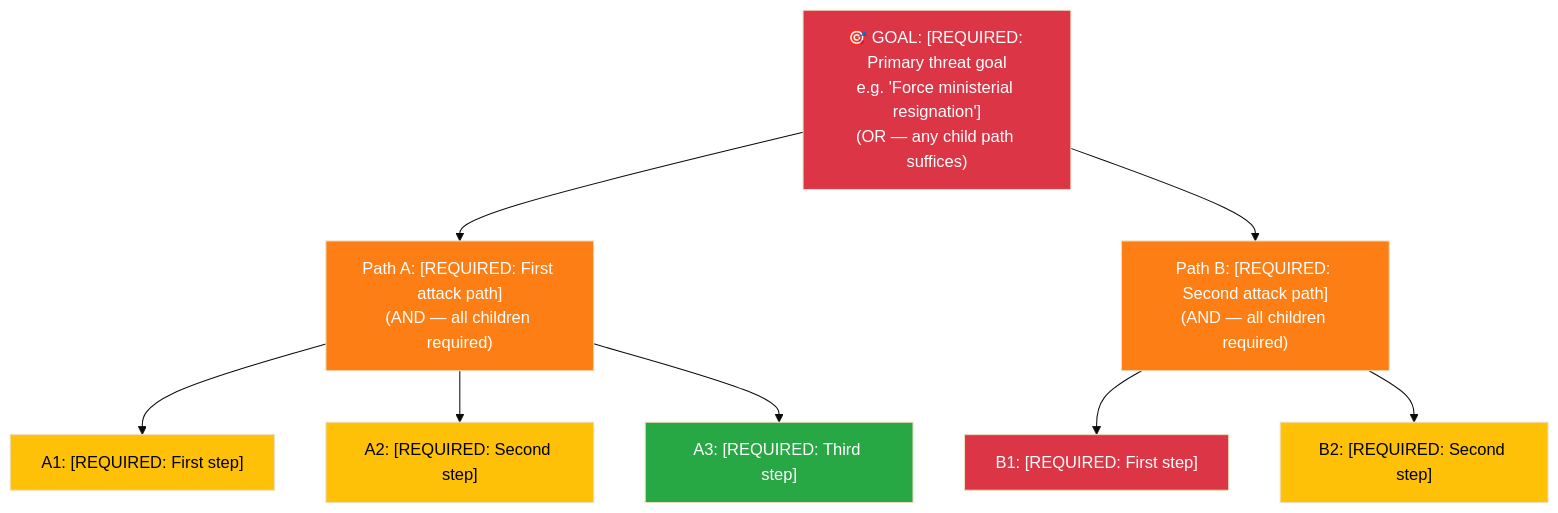
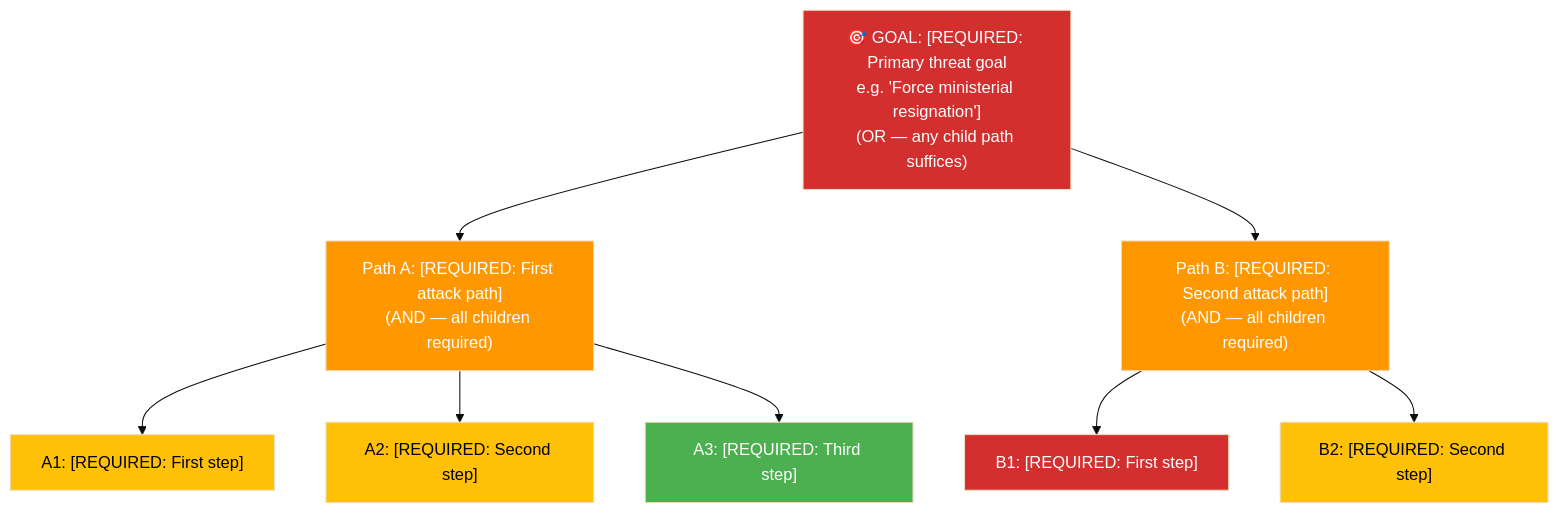
The second of 3 diagrams in analysis/templates/threat-analysis.md (Hack23/riksdagsmonitor), drawn with Mermaid (base theme) before and after one commit. The commit also changed other lines of this file and 14 other files, not shown here.

First line of the commit message:
Align analysis/ mermaid diagrams with ISMS Style Guide palette and convert SWOT to quadrantChart

````diff
--- a/analysis/templates/threat-analysis.md
+++ b/analysis/templates/threat-analysis.md
@@ -178,23 +178,23 @@
 ```mermaid
 graph TD
     ROOT["🎯 GOAL: [REQUIRED: Primary threat goal<br/>e.g. 'Force ministerial resignation']<br/>(OR — any child path suffices)"]
     ROOT --> PA["Path A: [REQUIRED: First attack path]<br/>(AND — all children required)"]
     ROOT --> PB["Path B: [REQUIRED: Second attack path]<br/>(AND — all children required)"]
 
     PA --> PA1["A1: [REQUIRED: First step]"]
     PA --> PA2["A2: [REQUIRED: Second step]"]
     PA --> PA3["A3: [REQUIRED: Third step]"]
 
     PB --> PB1["B1: [REQUIRED: First step]"]
     PB --> PB2["B2: [REQUIRED: Second step]"]
 
-    style ROOT fill:#dc3545,color:#fff
-    style PA fill:#fd7e14,color:#fff
-    style PB fill:#fd7e14,color:#fff
+    style ROOT fill:#D32F2F,color:#FFFFFF
+    style PA fill:#FF9800,color:#FFFFFF
+    style PB fill:#FF9800,color:#FFFFFF
     %% Color leaf nodes by feasibility: green=easy, yellow=moderate, red=difficult
-    style PA1 fill:#ffc107,color:#000
-    style PA2 fill:#ffc107,color:#000
-    style PA3 fill:#28a745,color:#fff
-    style PB1 fill:#dc3545,color:#fff
-    style PB2 fill:#ffc107,color:#000
+    style PA1 fill:#FFC107,color:#000000
+    style PA2 fill:#FFC107,color:#000000
+    style PA3 fill:#4CAF50,color:#FFFFFF
+    style PB1 fill:#D32F2F,color:#FFFFFF
+    style PB2 fill:#FFC107,color:#000000
 ```
````
